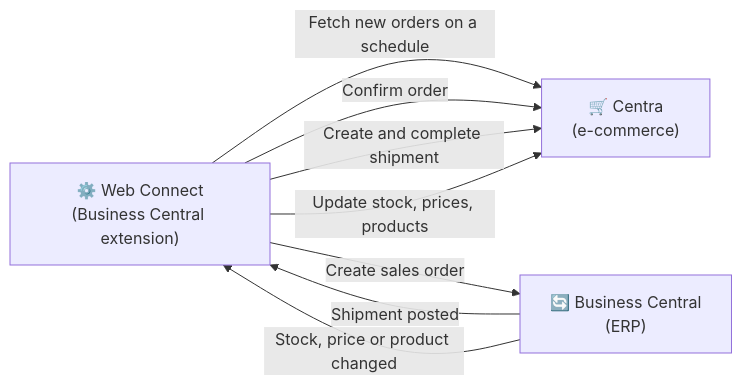
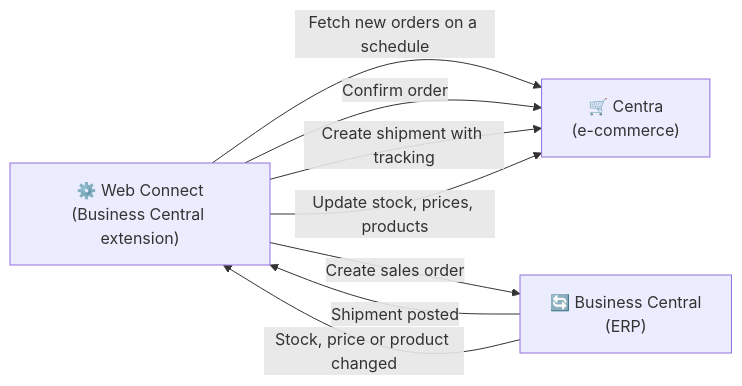
One commit to Combine-IT-ab/docs-general changed the first of 15 diagrams in docs/products/web-connect/integrations/centra/overview.md. Above: the diagram before and after it, drawn with Mermaid. The commit also changed other lines of this file and 2 other files, not shown here.

````diff
--- a/docs/products/web-connect/integrations/centra/overview.md
+++ b/docs/products/web-connect/integrations/centra/overview.md
@@ -73,14 +74,14 @@
 ```mermaid
 graph LR
     A["🛒 Centra<br/>(e-commerce)"]
     B["⚙️ Web Connect<br/>(Business Central extension)"]
     C["🔄 Business Central<br/>(ERP)"]
 
     B -->|Fetch new orders on a schedule| A
     B -->|Create sales order| C
     B -->|Confirm order| A
     C -->|Shipment posted| B
-    B -->|Create and complete shipment| A
+    B -->|Create shipment with tracking| A
     C -->|Stock, price or product changed| B
     B -->|Update stock, prices, products| A
 ```
````
